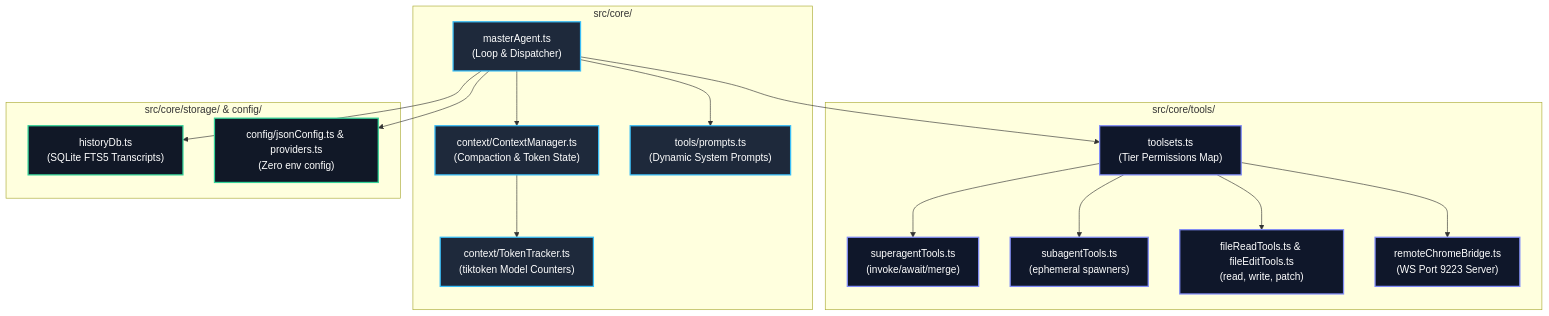
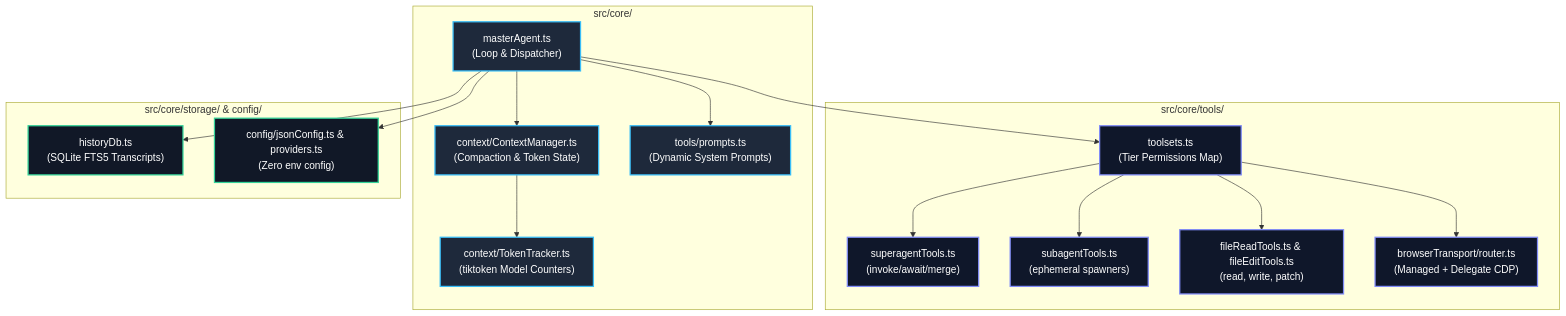
Before and after one commit to RudyCity/superagent: the second of 2 diagrams in docs/wiki/01-architecture-overview.md, drawn with Mermaid. The commit also changed other lines of this file and 50 other files, not shown here.

````diff
--- a/docs/wiki/01-architecture-overview.md
+++ b/docs/wiki/01-architecture-overview.md
@@ -77,37 +77,37 @@
 ```mermaid
 graph TB
     classDef core fill:#1e293b,stroke:#38bdf8,stroke-width:2px,color:#fff;
     classDef tool fill:#0f172a,stroke:#818cf8,stroke-width:2px,color:#fff;
     classDef store fill:#111827,stroke:#34d399,stroke-width:2px,color:#fff;
 
     subgraph CoreEngine["src/core/"]
         MasterAgent["masterAgent.ts<br/>(Loop & Dispatcher)"]:::core
         ContextMgr["context/ContextManager.ts<br/>(Compaction & Token State)"]:::core
         TokenTracker["context/TokenTracker.ts<br/>(tiktoken Model Counters)"]:::core
         Prompts["tools/prompts.ts<br/>(Dynamic System Prompts)"]:::core
     end
 
     subgraph ToolEcosystem["src/core/tools/"]
         SuperTools["superagentTools.ts<br/>(invoke/await/merge)"]:::tool
         SubTools["subagentTools.ts<br/>(ephemeral spawners)"]:::tool
         FileTools["fileReadTools.ts & fileEditTools.ts<br/>(read, write, patch)"]:::tool
-        ChromeBridge["remoteChromeBridge.ts<br/>(WS Port 9223 Server)"]:::tool
+        ChromeBridge["browserTransport/router.ts<br/>(Managed + Delegate CDP)"]:::tool
         Toolsets["toolsets.ts<br/>(Tier Permissions Map)"]:::tool
     end
 
     subgraph StorageSubsystem["src/core/storage/ & config/"]
         HistoryDB["historyDb.ts<br/>(SQLite FTS5 Transcripts)"]:::store
         JsonConfig["config/jsonConfig.ts & providers.ts<br/>(Zero env config)"]:::store
     end
 
     MasterAgent --> ContextMgr
     ContextMgr --> TokenTracker
     MasterAgent --> Toolsets
     Toolsets --> SuperTools
     Toolsets --> SubTools
     Toolsets --> FileTools
     Toolsets --> ChromeBridge
     MasterAgent --> Prompts
     MasterAgent --> HistoryDB
     MasterAgent --> JsonConfig
 ```
````
